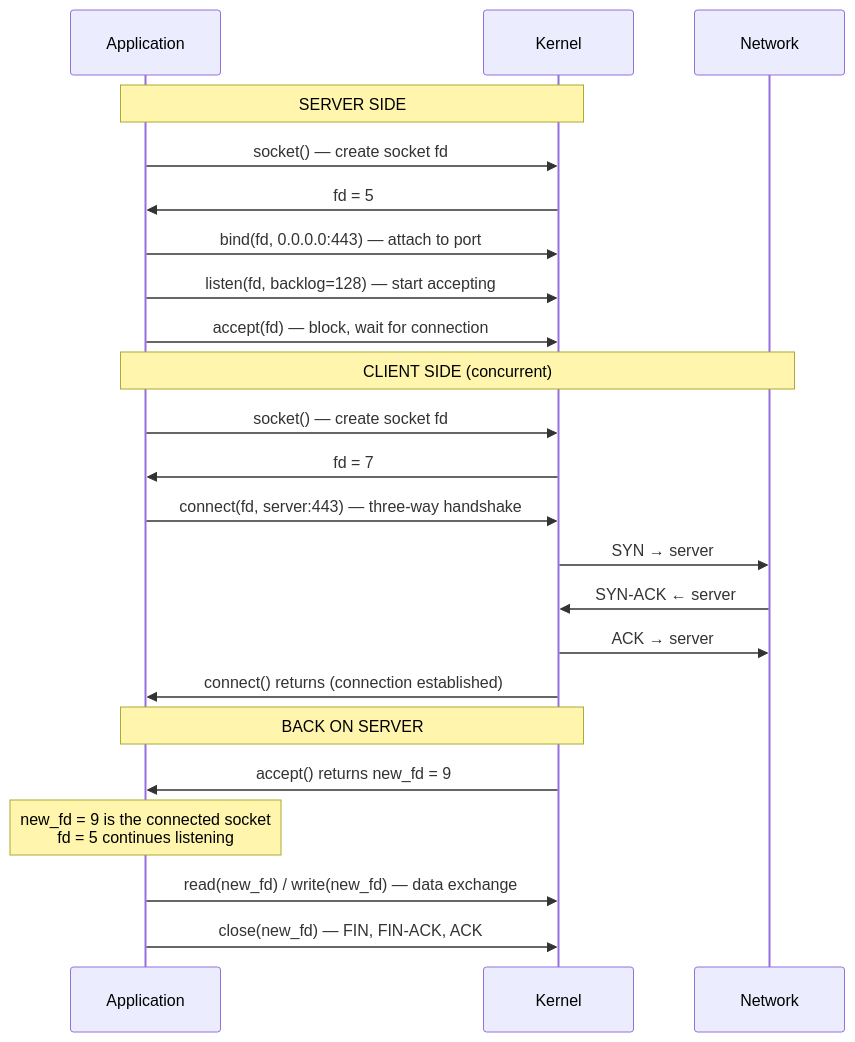
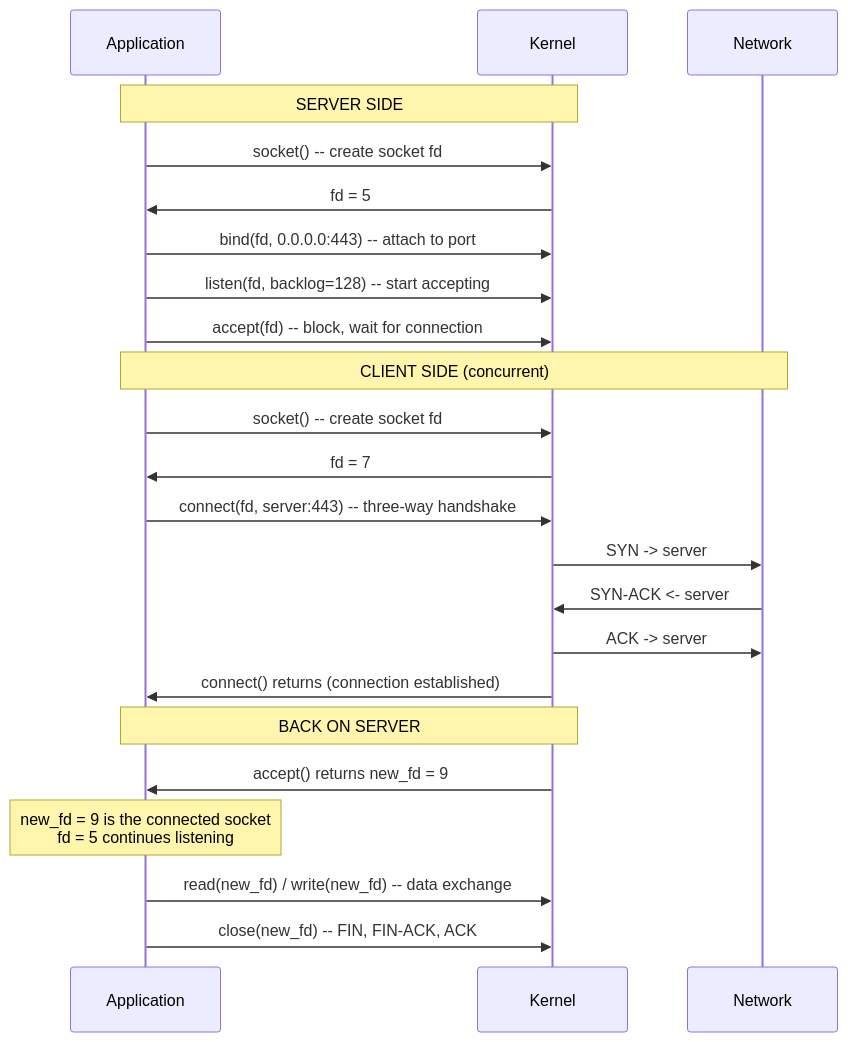
Before and after one commit to ranjeetnegi/System-Design-for-Staff-SWE: the sixth of 13 diagrams in Section0/Chapter_4_Networking_Foundations.md, drawn with Mermaid. The commit also changed other lines of this file and 11 other files, not shown here.

````diff
--- a/Section0/Chapter_4_Networking_Foundations.md
+++ b/Section0/Chapter_4_Networking_Foundations.md
@@ -409,29 +409,29 @@
 ```mermaid
 sequenceDiagram
     participant App as Application
     participant Kernel as Kernel
     participant Net as Network
     
     Note over App,Kernel: SERVER SIDE
-    App->>Kernel: socket() — create socket fd
+    App->>Kernel: socket() -- create socket fd
     Kernel->>App: fd = 5
-    App->>Kernel: bind(fd, 0.0.0.0:443) — attach to port
-    App->>Kernel: listen(fd, backlog=128) — start accepting
-    App->>Kernel: accept(fd) — block, wait for connection
+    App->>Kernel: bind(fd, 0.0.0.0:443) -- attach to port
+    App->>Kernel: listen(fd, backlog=128) -- start accepting
+    App->>Kernel: accept(fd) -- block, wait for connection
     
     Note over App,Net: CLIENT SIDE (concurrent)
-    App->>Kernel: socket() — create socket fd
+    App->>Kernel: socket() -- create socket fd
     Kernel->>App: fd = 7
-    App->>Kernel: connect(fd, server:443) — three-way handshake
-    Kernel->>Net: SYN → server
-    Net->>Kernel: SYN-ACK ← server
-    Kernel->>Net: ACK → server
+    App->>Kernel: connect(fd, server:443) -- three-way handshake
+    Kernel->>Net: SYN -> server
+    Net->>Kernel: SYN-ACK <- server
+    Kernel->>Net: ACK -> server
     Kernel->>App: connect() returns (connection established)
     
     Note over App,Kernel: BACK ON SERVER
     Kernel->>App: accept() returns new_fd = 9
     Note over App: new_fd = 9 is the connected socket<br/>fd = 5 continues listening
     
-    App->>Kernel: read(new_fd) / write(new_fd) — data exchange
-    App->>Kernel: close(new_fd) — FIN, FIN-ACK, ACK
+    App->>Kernel: read(new_fd) / write(new_fd) -- data exchange
+    App->>Kernel: close(new_fd) -- FIN, FIN-ACK, ACK
 ```
````
